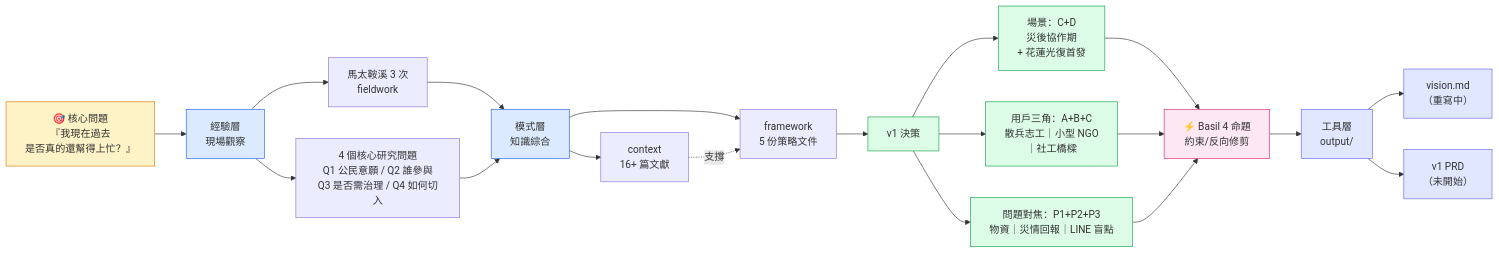
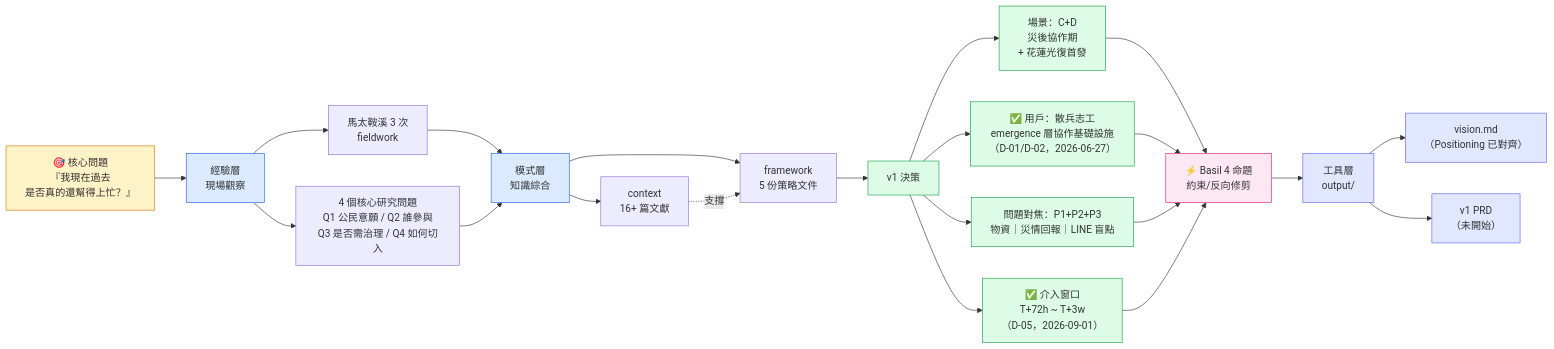
The second of 6 diagrams in ARCHITECTURE.md (BasilHsieh/resq-hub), drawn with Mermaid before and after one commit. The commit also changed other lines of this file and 39 other files, not shown here.

````diff
--- a/ARCHITECTURE.md
+++ b/ARCHITECTURE.md
@@ -65,44 +67,47 @@
 ```mermaid
 flowchart LR
     A["🎯 核心問題<br/>『我現在過去<br/>是否真的還幫得上忙？』"]
 
     A --> B["經驗層<br/>現場觀察"]
     B --> B1["馬太鞍溪 3 次<br/>fieldwork"]
     B --> B2["4 個核心研究問題<br/>Q1 公民意願 / Q2 誰參與<br/>Q3 是否需治理 / Q4 如何切入"]
 
     B1 & B2 --> C["模式層<br/>知識綜合"]
     C --> C1["context<br/>16+ 篇文獻"]
     C --> C2["framework<br/>5 份策略文件"]
     C1 -.支撐.-> C2
 
     C2 --> D["v1 決策"]
     D --> D1["場景：C+D<br/>災後協作期<br/>+ 花蓮光復首發"]
-    D --> D2["用戶三角：A+B+C<br/>散兵志工｜小型 NGO<br/>｜社工橋樑"]
+    D --> D2["✅ 用戶：散兵志工<br/>emergence 層協作基礎設施<br/>（D-01/D-02，2026-06-27）"]
     D --> D3["問題對焦：P1+P2+P3<br/>物資｜災情回報｜LINE 盲點"]
 
-    D1 & D2 & D3 --> E["⚡ Basil 4 命題<br/>約束/反向修剪"]
+    D --> D4["✅ 介入窗口<br/>T+72h ~ T+3w<br/>（D-05，2026-09-01）"]
+
+    D1 & D2 & D3 & D4 --> E["⚡ Basil 4 命題<br/>約束/反向修剪"]
 
     E --> F["工具層<br/>output/"]
-    F --> F1["vision.md<br/>（重寫中）"]
+    F --> F1["vision.md<br/>（Positioning 已對齊）"]
     F --> F2["v1 PRD<br/>（未開始）"]
 
     classDef anchor fill:#fef3c7,stroke:#d97706
     classDef layer fill:#dbeafe,stroke:#2563eb
     classDef decision fill:#dcfce7,stroke:#16a34a
     classDef constraint fill:#fce7f3,stroke:#db2777
     classDef output fill:#e0e7ff,stroke:#6366f1
     class A anchor
     class B,C layer
-    class D,D1,D2,D3 decision
+    class D,D1,D2,D3,D4 decision
     class E constraint
     class F,F1,F2 output
 
     click B1 "knowledge/fieldwork/馬太鞍溪觀察_basil_2026.md" "開啟馬太鞍溪觀察"
     click B2 "knowledge/fieldwork/馬太鞍溪觀察_basil_2026.md" "開啟馬太鞍溪觀察（含 4 個研究問題）"
     click C2 "knowledge/framework/戰略定位.md" "開啟戰略定位（5 framework 文件的綜合）"
     click D1 "knowledge/framework/戰略定位.md" "v1 場景建議在戰略定位"
-    click D2 "knowledge/framework/使用者地圖.md" "v1 用戶選擇依據"
+    click D2 "knowledge/framework/散兵與組織的門檻辯論.md" "v1 用戶選擇的收斂辯論"
+    click D4 "knowledge/framework/介入窗口_時間軸.md" "介入窗口的定義"
     click D3 "knowledge/framework/問題地圖.md" "P1+P2+P3 問題在問題地圖"
     click E "knowledge/fieldwork/馬太鞍溪觀察_basil_2026.md" "Basil 4 命題在馬太鞍溪觀察第五段"
     click F1 "output/vision.md" "開啟 vision.md"
 ```
````
